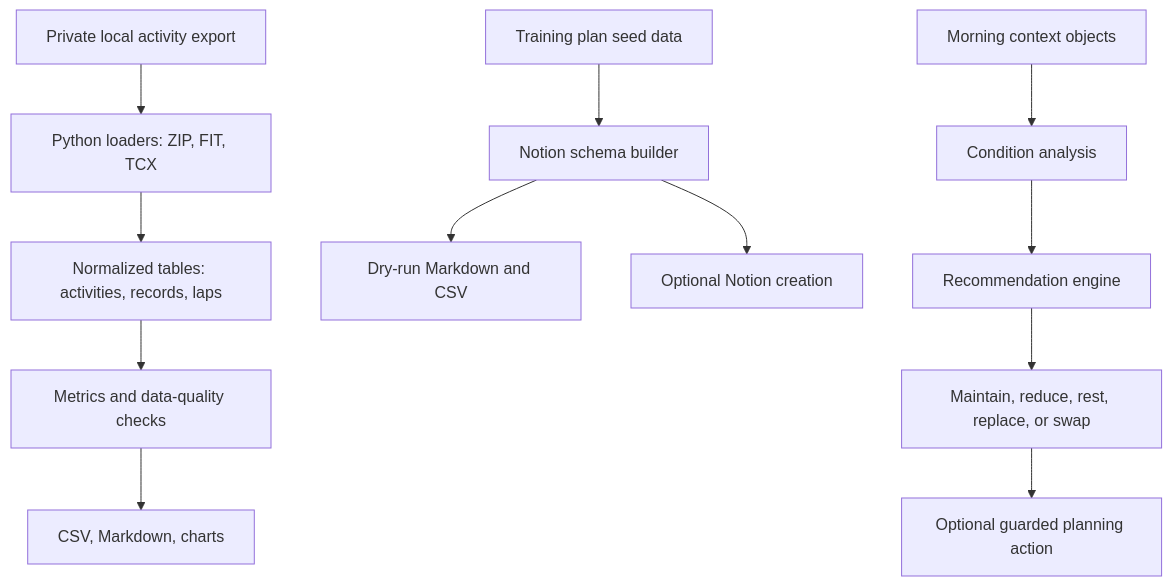
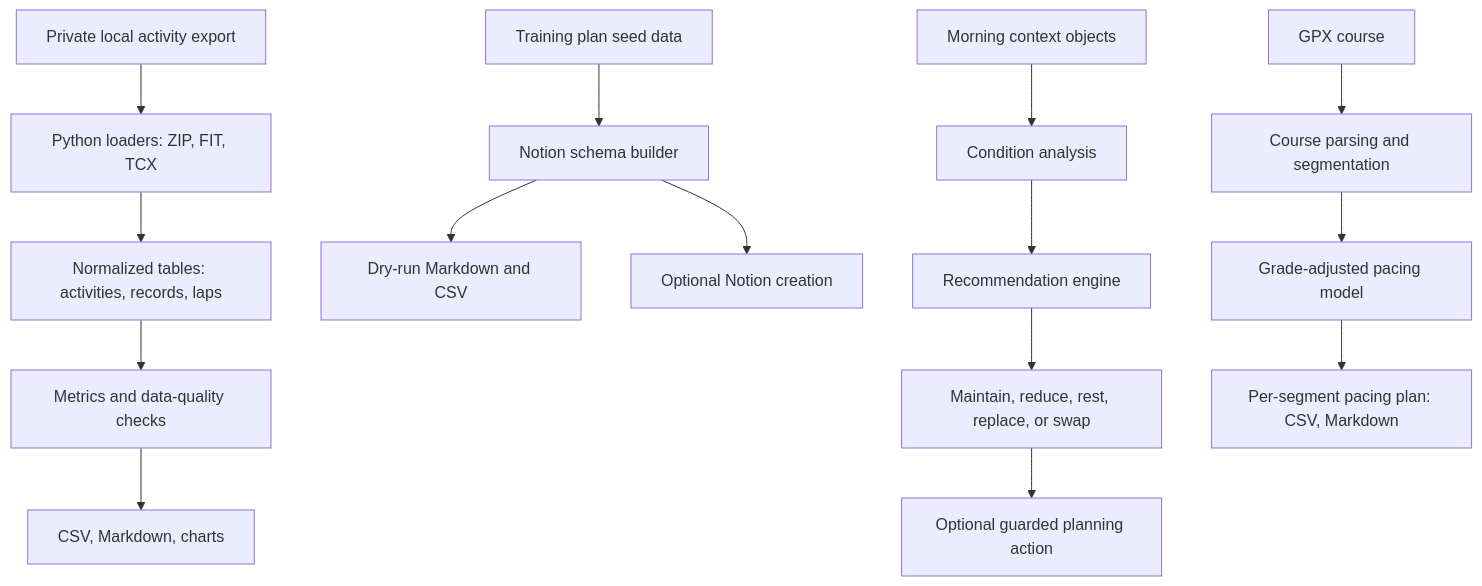
The diagram in docs/architecture.md (fredbred/trail-training-intelligence), drawn with Mermaid before and after one commit. The commit also changed other lines of this file and 8 other files, not shown here.

First line of the commit message:
feat(pacing): grade-adjusted pacing plans from GPX courses

````diff
--- a/docs/architecture.md
+++ b/docs/architecture.md
@@ -5,16 +5,20 @@
 ```mermaid
 flowchart TD
   A["Private local activity export"] --> B["Python loaders: ZIP, FIT, TCX"]
   B --> C["Normalized tables: activities, records, laps"]
   C --> D["Metrics and data-quality checks"]
   D --> E["CSV, Markdown, charts"]
 
   F["Training plan seed data"] --> G["Notion schema builder"]
   G --> H["Dry-run Markdown and CSV"]
   G --> I["Optional Notion creation"]
 
   J["Morning context objects"] --> K["Condition analysis"]
   K --> L["Recommendation engine"]
   L --> M["Maintain, reduce, rest, replace, or swap"]
   M --> N["Optional guarded planning action"]
+
+  O["GPX course"] --> P["Course parsing and segmentation"]
+  P --> Q["Grade-adjusted pacing model"]
+  Q --> R["Per-segment pacing plan: CSV, Markdown"]
 ```
````
